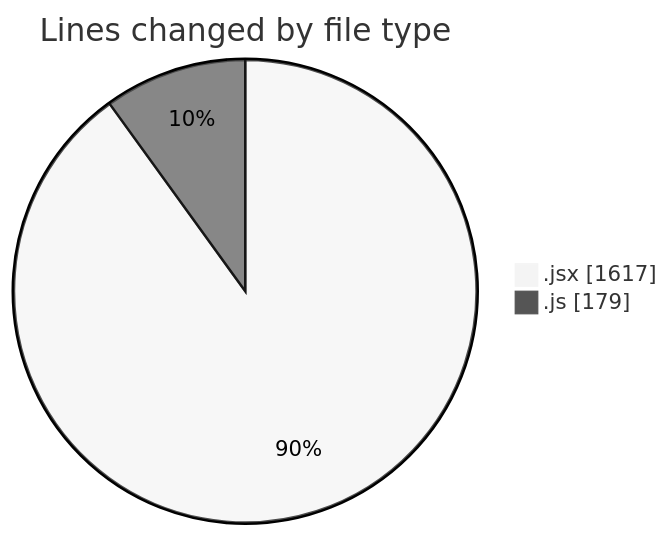
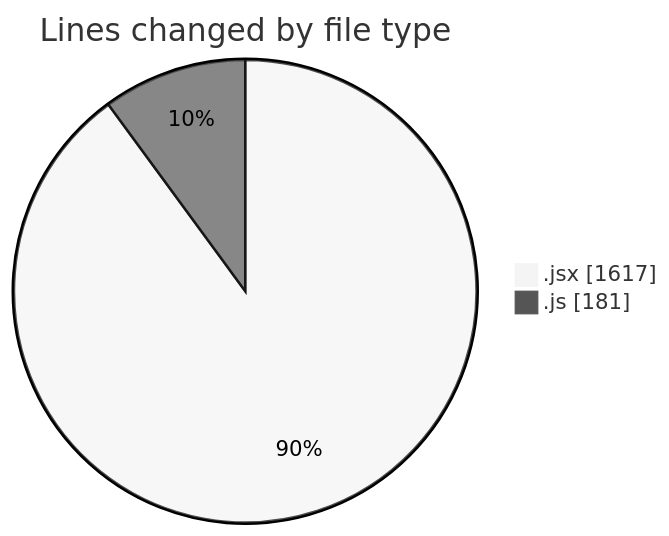
The first of 2 diagrams in 2025-06-04/nxtqube_webapp/README.md (nxtqubesakshisongat/code-tracking), drawn with Mermaid (neutral theme) before and after one commit. The commit also changed other lines of this file and 1 other file, not shown here.

````diff
--- a/2025-06-04/nxtqube_webapp/README.md
+++ b/2025-06-04/nxtqube_webapp/README.md
@@ -22,6 +22,6 @@
 ```mermaid
 pie showData
 title Lines changed by file type
 ".jsx" : 1617
-".js" : 179
+".js" : 181
 ```
````
